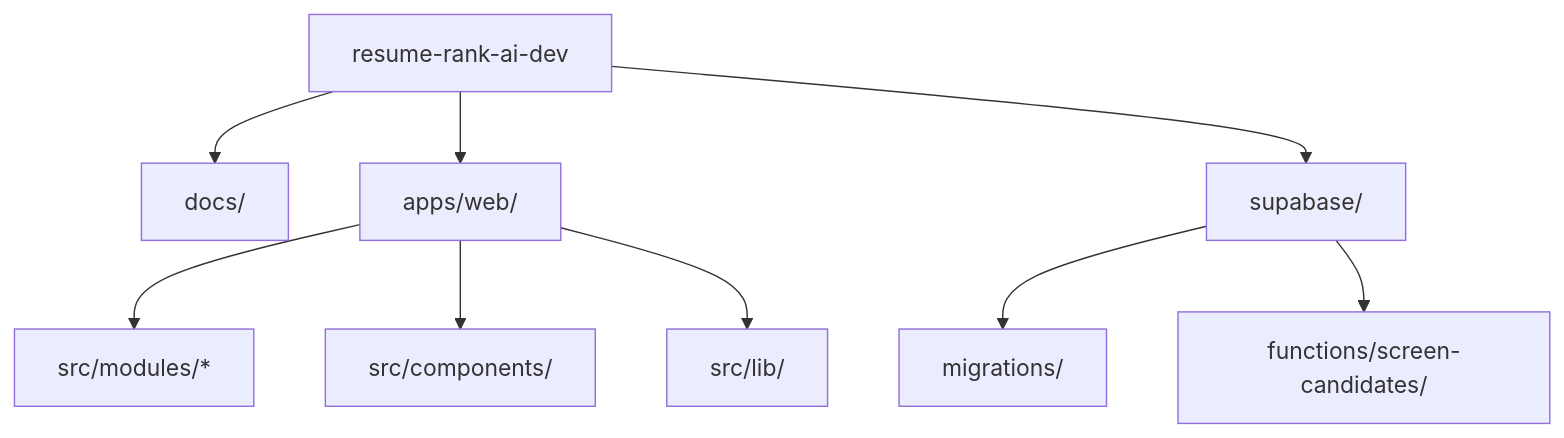
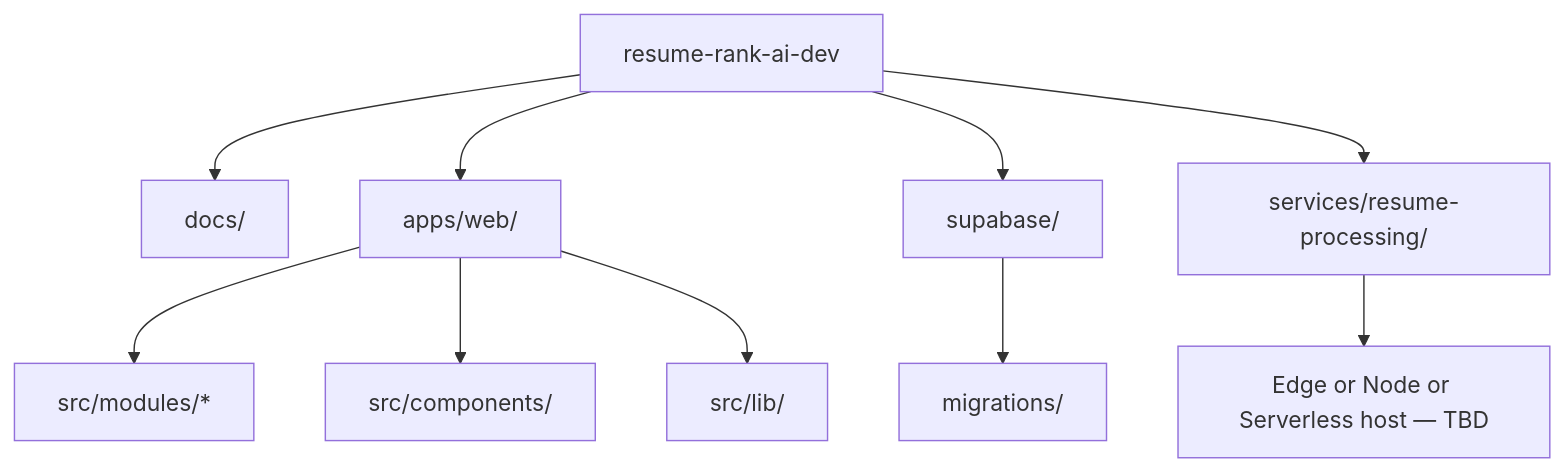
The sixth of 17 diagrams in docs/02-design/04-System-Design-Document.md (VishnuVardhan-CH-2022/resume-rank-ai-dev), drawn with Mermaid before and after one commit. The commit also changed other lines of this file and 4 other files, not shown here.

````diff
--- a/docs/02-design/04-System-Design-Document.md
+++ b/docs/02-design/04-System-Design-Document.md
@@ -406,12 +417,13 @@
 ```mermaid
 flowchart TB
   Root[resume-rank-ai-dev]
   Root --> Docs[docs/]
   Root --> Web[apps/web/]
   Root --> SB[supabase/]
+  Root --> Proc[services/resume-processing/]
   Web --> Modules[src/modules/*]
   Web --> Comp[src/components/]
   Web --> Lib[src/lib/]
   SB --> Mig[migrations/]
-  SB --> Fn[functions/screen-candidates/]
+  Proc --> Host[Edge or Node or Serverless host — TBD]
 ```
````
